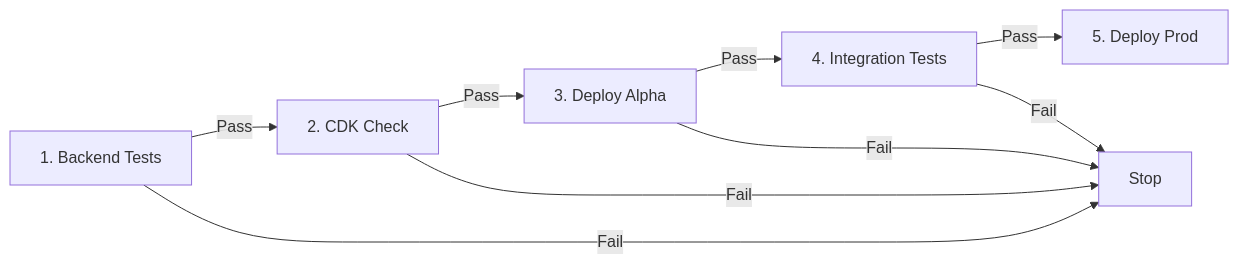
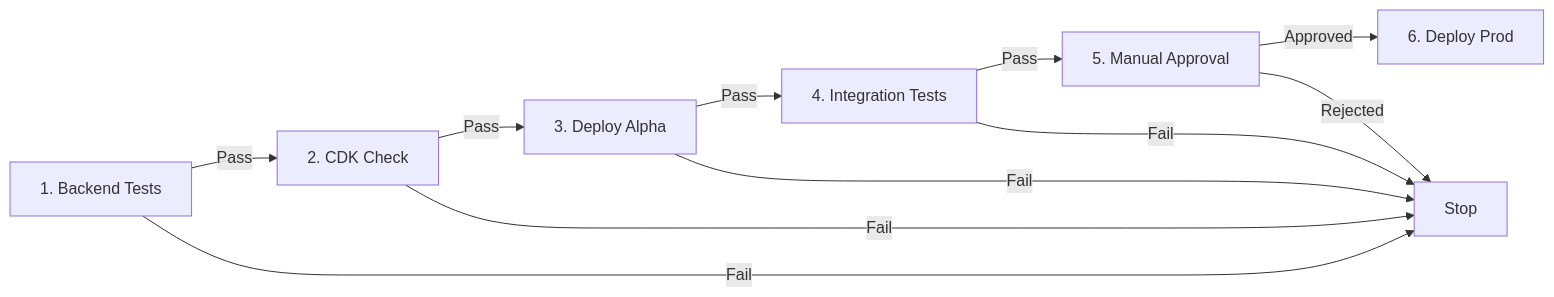
One commit to Aadil221/EPAFinalProject changed the third of 4 diagrams in docs/PIPELINE.md. Above: the diagram before and after it, drawn with Mermaid. The commit also changed other lines of this file, not shown here.

Commit message:
docs: add manual approval gate before Prod deployment in pipeline diagrams

````diff
--- a/docs/PIPELINE.md
+++ b/docs/PIPELINE.md
@@ -49,11 +52,13 @@
 ```mermaid
 graph LR
     A[1. Backend Tests] -->|Pass| B[2. CDK Check]
     B -->|Pass| C[3. Deploy Alpha]
     C -->|Pass| D[4. Integration Tests]
-    D -->|Pass| E[5. Deploy Prod]
+    D -->|Pass| E[5. Manual Approval]
+    E -->|Approved| F[6. Deploy Prod]
     A -->|Fail| X[Stop]
     B -->|Fail| X
     C -->|Fail| X
     D -->|Fail| X
+    E -->|Rejected| X
 ```
````
